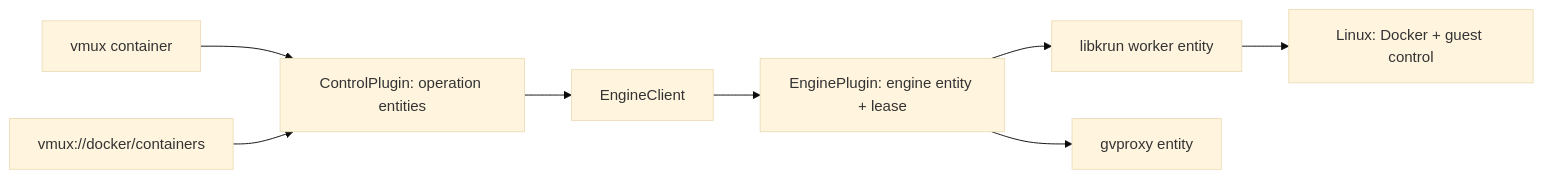
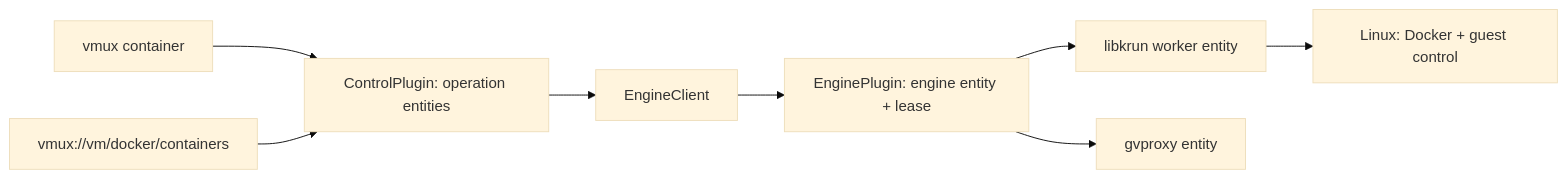
One commit to vmux-ai/vmux changed diagram 11 of 11 in docs/architecture.md. Above: the diagram before and after it, drawn with Mermaid (base theme). The commit also changed other lines of this file and 29 other files, not shown here.

````diff
--- a/docs/architecture.md
+++ b/docs/architecture.md
@@ -1662,10 +1676,10 @@
 ```mermaid
 flowchart LR
     cli["vmux container"] --> control["ControlPlugin: operation entities"]
-    page["vmux://docker/containers"] --> control
+    page["vmux://vm/docker/containers"] --> control
     control --> client["EngineClient"]
     client --> engine["EnginePlugin: engine entity + lease"]
     engine --> worker["libkrun worker entity"]
     engine --> network["gvproxy entity"]
     worker --> guest["Linux: Docker + guest control"]
 ```
````
